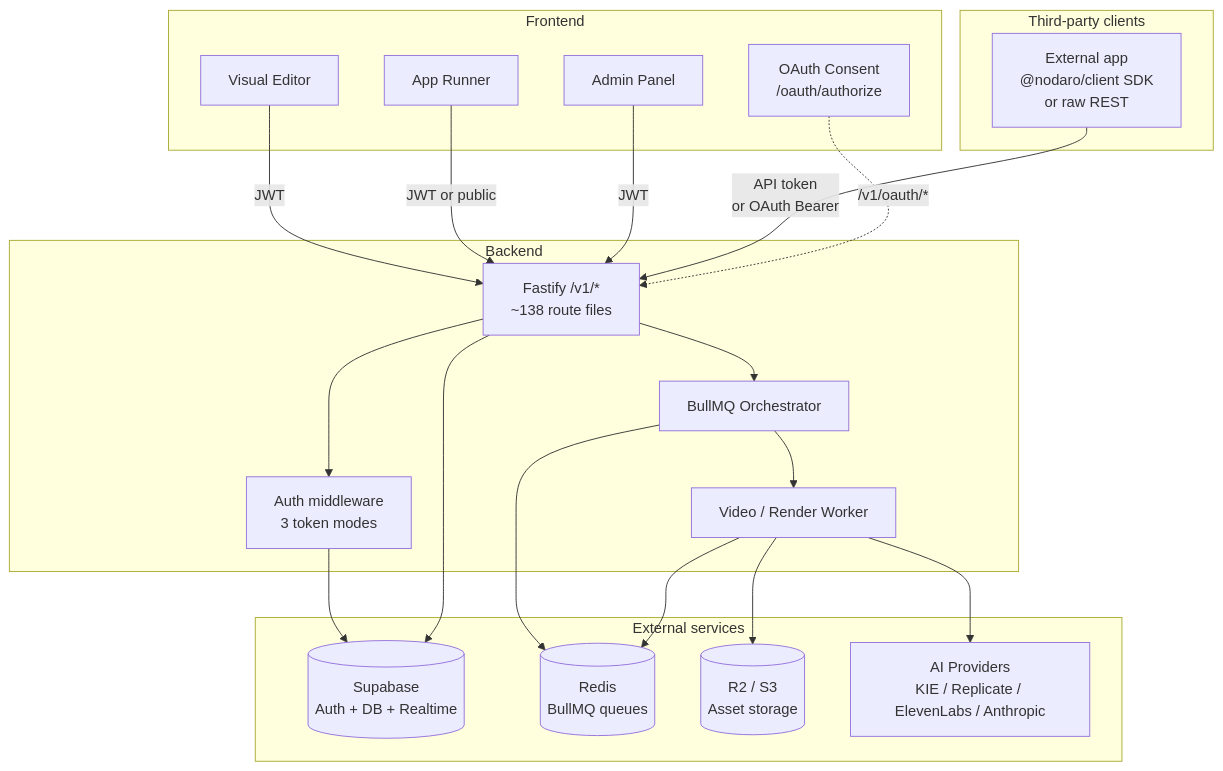
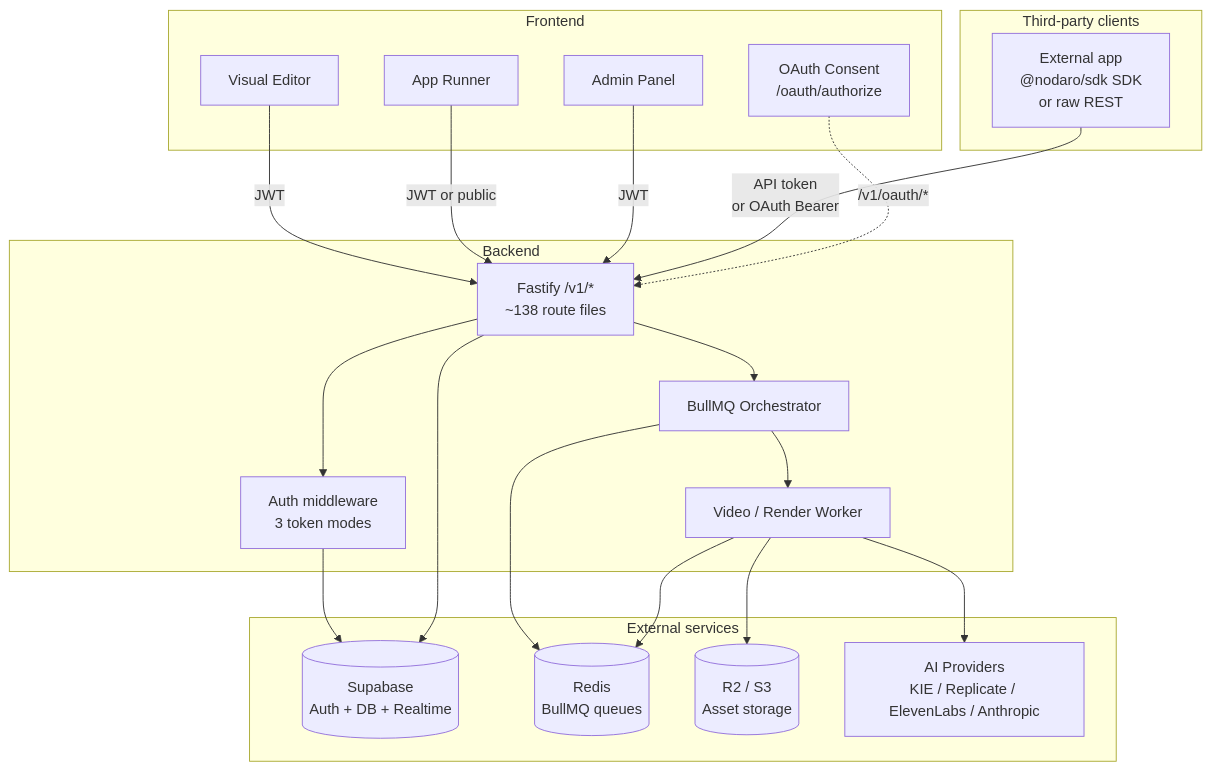
Before and after one commit to nodaroai/app.nodaro.ai: the diagram in docs/architecture.md, drawn with Mermaid. The commit also changed other lines of this file and 92 other files, not shown here.

````diff
--- a/docs/architecture.md
+++ b/docs/architecture.md
@@ -25,38 +25,38 @@
 ```mermaid
 graph TB
     subgraph Frontend
         Editor[Visual Editor]
         Apps[App Runner]
         OAuthScreen[OAuth Consent<br/>/oauth/authorize]
         Admin[Admin Panel]
     end
     subgraph "Third-party clients"
-        External["External app<br/>@nodaro/client SDK<br/>or raw REST"]
+        External["External app<br/>@nodaro/sdk SDK<br/>or raw REST"]
     end
     subgraph Backend
         API[Fastify /v1/*<br/>~138 route files]
         Auth[Auth middleware<br/>3 token modes]
         Orchestrator[BullMQ Orchestrator]
         Worker[Video / Render Worker]
     end
     subgraph "External services"
         Supabase[(Supabase<br/>Auth + DB + Realtime)]
         Redis[(Redis<br/>BullMQ queues)]
         R2[(R2 / S3<br/>Asset storage)]
         AI[AI Providers<br/>KIE / Replicate / ElevenLabs / Anthropic]
     end
     Editor -->|JWT| API
     Apps -->|JWT or public| API
     Admin -->|JWT| API
     External -->|API token<br/>or OAuth Bearer| API
     OAuthScreen -.->|/v1/oauth/*| API
     API --> Auth
     Auth --> Supabase
     API --> Orchestrator
     Orchestrator --> Worker
     Worker --> AI
     Worker --> R2
     Orchestrator --> Redis
     Worker --> Redis
     API --> Supabase
 ```
````
